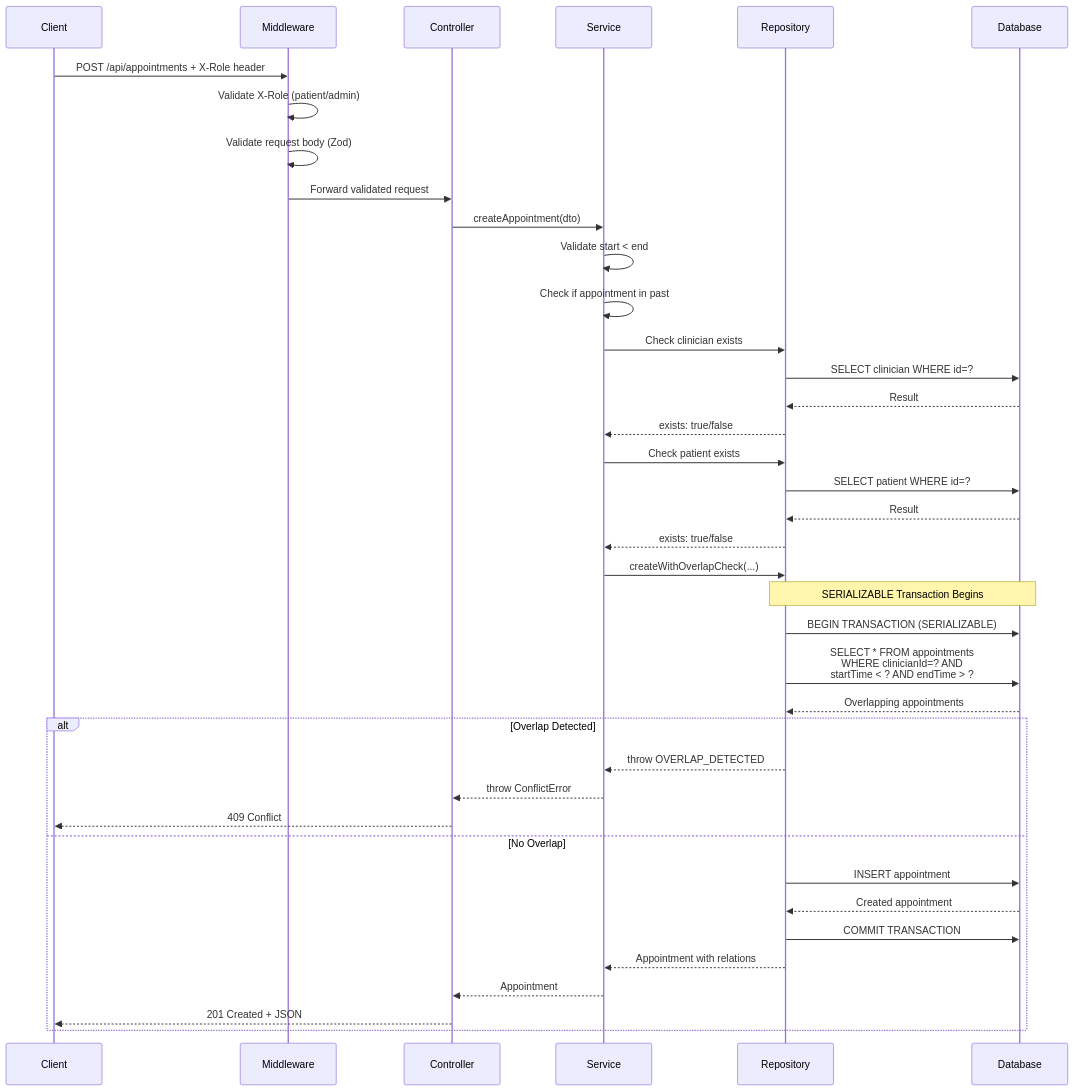
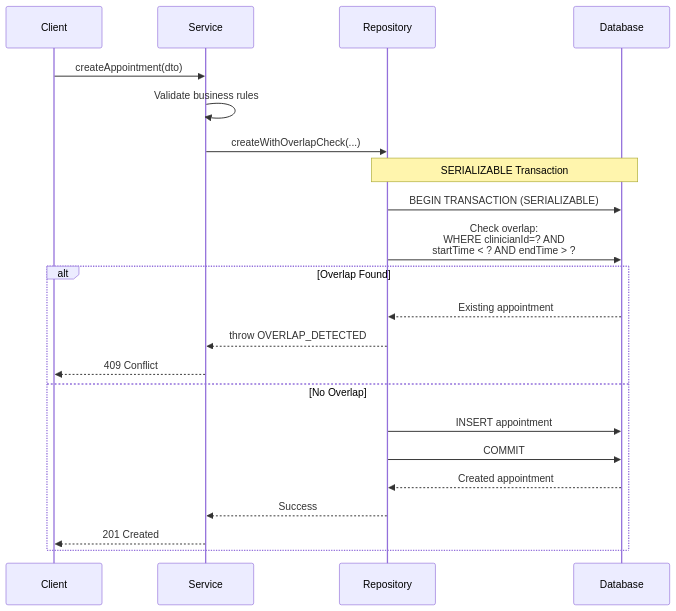
Before and after one commit to shaneperera/lyrebird-health-takehome: the second of 3 diagrams in DESIGN.md, drawn with Mermaid. The commit also changed other lines of this file, not shown here.

Commit message:
docs: simplify flow diagrams to focus on critical overlap detection logic

````diff
--- a/DESIGN.md
+++ b/DESIGN.md
@@ -61,44 +61,27 @@
 ```mermaid
 sequenceDiagram
     participant Client
-    participant Middleware
-    participant Controller
     participant Service
     participant Repository
     participant Database
 
-    Client->>Middleware: POST /api/appointments + X-Role header
-    Middleware->>Middleware: Validate X-Role (patient/admin)
-    Middleware->>Middleware: Validate request body (Zod)
-    Middleware->>Controller: Forward validated request
-    Controller->>Service: createAppointment(dto)
-    Service->>Service: Validate start < end
-    Service->>Service: Check if appointment in past
-    Service->>Repository: Check clinician exists
-    Repository->>Database: SELECT clinician WHERE id=?
-    Database-->>Repository: Result
-    Repository-->>Service: exists: true/false
-    Service->>Repository: Check patient exists
-    Repository->>Database: SELECT patient WHERE id=?
-    Database-->>Repository: Result
-    Repository-->>Service: exists: true/false
+    Client->>Service: createAppointment(dto)
+    Service->>Service: Validate business rules
     Service->>Repository: createWithOverlapCheck(...)
 
-    Note over Repository,Database: SERIALIZABLE Transaction Begins
+    Note over Repository,Database: SERIALIZABLE Transaction
     Repository->>Database: BEGIN TRANSACTION (SERIALIZABLE)
-    Repository->>Database: SELECT * FROM appointments<br/>WHERE clinicianId=? AND<br/>startTime < ? AND endTime > ?
-    Database-->>Repository: Overlapping appointments
-
-    alt Overlap Detected
+    Repository->>Database: Check overlap:<br/>WHERE clinicianId=? AND<br/>startTime < ? AND endTime > ?
+    
+    alt Overlap Found
+        Database-->>Repository: Existing appointment
         Repository-->>Service: throw OVERLAP_DETECTED
-        Service-->>Controller: throw ConflictError
-        Controller-->>Client: 409 Conflict
+        Service-->>Client: 409 Conflict
     else No Overlap
         Repository->>Database: INSERT appointment
+        Repository->>Database: COMMIT
         Database-->>Repository: Created appointment
-        Repository->>Database: COMMIT TRANSACTION
-        Repository-->>Service: Appointment with relations
-        Service-->>Controller: Appointment
-        Controller-->>Client: 201 Created + JSON
+        Repository-->>Service: Success
+        Service-->>Client: 201 Created
     end
 ```
````
